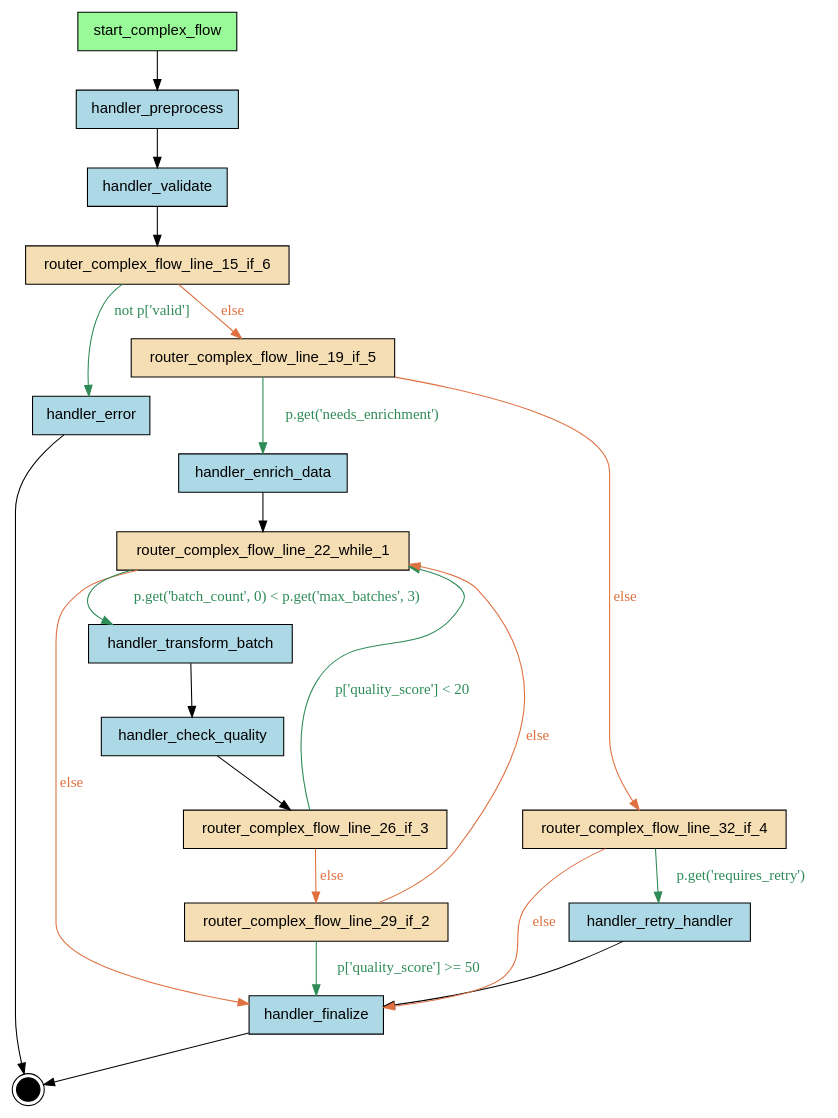
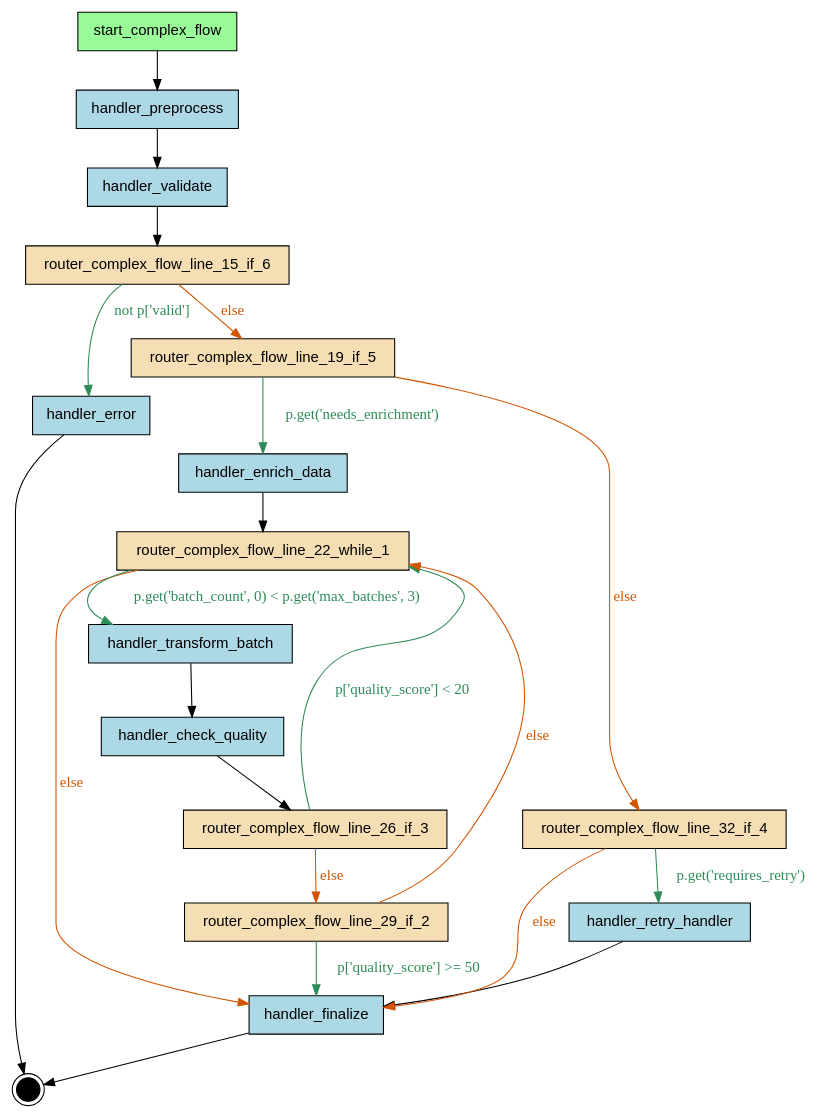
The diagram in examples/flows/compiled/complex_with_while/flow.dot (deliveryhero/asya), drawn with Graphviz before and after one commit. The commit also changed 138 other files, not shown here.

```diff
--- a/examples/flows/compiled/complex_with_while/flow.dot
+++ b/examples/flows/compiled/complex_with_while/flow.dot
@@ -1,46 +1,46 @@
 digraph "complex_flow" {
     rankdir=TB;
     node [shape=box, style=filled, fontname="Helvetica"];
 
     { rank=source; start_complex_flow; }
 
     handler_check_quality [label="handler_check_quality", fillcolor=lightblue];
     handler_enrich_data [label="handler_enrich_data", fillcolor=lightblue];
     handler_error [label="handler_error", fillcolor=lightblue];
     handler_finalize [label="handler_finalize", fillcolor=lightblue];
     handler_preprocess [label="handler_preprocess", fillcolor=lightblue];
     handler_retry_handler [label="handler_retry_handler", fillcolor=lightblue];
     handler_transform_batch [label="handler_transform_batch", fillcolor=lightblue];
     handler_validate [label="handler_validate", fillcolor=lightblue];
     router_complex_flow_line_15_if_6 [label="router_complex_flow_line_15_if_6", fillcolor=wheat];
     router_complex_flow_line_19_if_5 [label="router_complex_flow_line_19_if_5", fillcolor=wheat];
     router_complex_flow_line_22_while_1 [label="router_complex_flow_line_22_while_1", fillcolor=wheat];
     router_complex_flow_line_26_if_3 [label="router_complex_flow_line_26_if_3", fillcolor=wheat];
     router_complex_flow_line_29_if_2 [label="router_complex_flow_line_29_if_2", fillcolor=wheat];
     router_complex_flow_line_32_if_4 [label="router_complex_flow_line_32_if_4", fillcolor=wheat];
     start_complex_flow [label="start_complex_flow", fillcolor=palegreen];
 
     __end__ [label="", shape=doublecircle, fillcolor=black, width=0.3, fixedsize=true];
 
     start_complex_flow -> handler_preprocess;
     handler_preprocess -> handler_validate;
     handler_validate -> router_complex_flow_line_15_if_6;
     router_complex_flow_line_29_if_2 -> handler_finalize [label="p['quality_score'] >= 50", color="#2E8B57", fontcolor="#2E8B57"];
     router_complex_flow_line_26_if_3 -> router_complex_flow_line_22_while_1 [label="p['quality_score'] < 20", color="#2E8B57", fontcolor="#2E8B57"];
-    router_complex_flow_line_26_if_3 -> router_complex_flow_line_29_if_2 [label="else", color="#E07040", fontcolor="#E07040"];
+    router_complex_flow_line_26_if_3 -> router_complex_flow_line_29_if_2 [label="else", color="#D35400", fontcolor="#D35400"];
     router_complex_flow_line_22_while_1 -> handler_transform_batch [label="p.get('batch_count', 0) < p.get('max_batches', 3)", color="#2E8B57", fontcolor="#2E8B57"];
     handler_transform_batch -> handler_check_quality;
     handler_check_quality -> router_complex_flow_line_26_if_3;
-    router_complex_flow_line_22_while_1 -> handler_finalize [label="else", color="#E07040", fontcolor="#E07040"];
+    router_complex_flow_line_22_while_1 -> handler_finalize [label="else", color="#D35400", fontcolor="#D35400"];
     router_complex_flow_line_32_if_4 -> handler_retry_handler [label="p.get('requires_retry')", color="#2E8B57", fontcolor="#2E8B57"];
     router_complex_flow_line_19_if_5 -> handler_enrich_data [label="p.get('needs_enrichment')", color="#2E8B57", fontcolor="#2E8B57"];
     handler_enrich_data -> router_complex_flow_line_22_while_1;
-    router_complex_flow_line_19_if_5 -> router_complex_flow_line_32_if_4 [label="else", color="#E07040", fontcolor="#E07040"];
-    router_complex_flow_line_15_if_6 -> router_complex_flow_line_19_if_5 [label="else", color="#E07040", fontcolor="#E07040"];
+    router_complex_flow_line_19_if_5 -> router_complex_flow_line_32_if_4 [label="else", color="#D35400", fontcolor="#D35400"];
+    router_complex_flow_line_15_if_6 -> router_complex_flow_line_19_if_5 [label="else", color="#D35400", fontcolor="#D35400"];
     router_complex_flow_line_15_if_6 -> handler_error [label="not p['valid']", color="#2E8B57", fontcolor="#2E8B57"];
-    router_complex_flow_line_29_if_2 -> router_complex_flow_line_22_while_1 [label="else", color="#E07040", fontcolor="#E07040"];
+    router_complex_flow_line_29_if_2 -> router_complex_flow_line_22_while_1 [label="else", color="#D35400", fontcolor="#D35400"];
     handler_retry_handler -> handler_finalize;
-    router_complex_flow_line_32_if_4 -> handler_finalize [label="else", color="#E07040", fontcolor="#E07040"];
+    router_complex_flow_line_32_if_4 -> handler_finalize [label="else", color="#D35400", fontcolor="#D35400"];
     handler_error -> __end__;
     handler_finalize -> __end__;
 }
```
